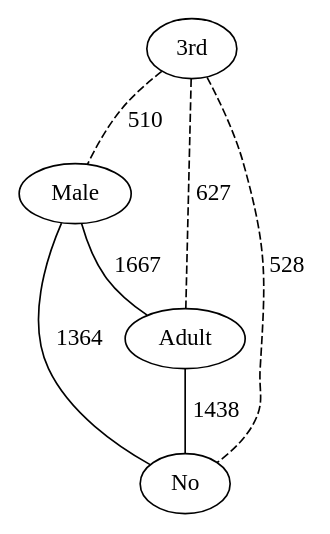
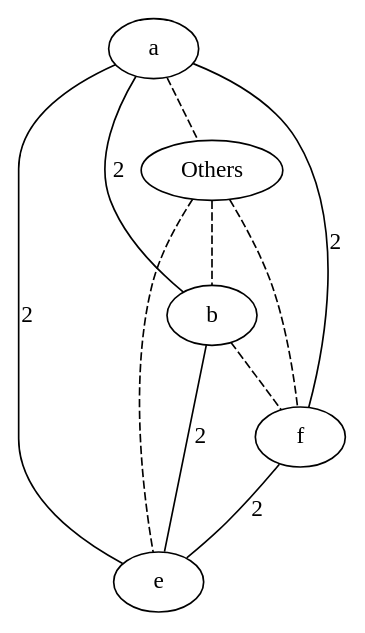
The diagram in src/extension/plainGraph_with_threshold.dot (lrodrin/TFG), drawn with Graphviz before and after one commit. The commit also changed 3 other files, not shown here.

```diff
--- a/src/extension/plainGraph_with_threshold.dot
+++ b/src/extension/plainGraph_with_threshold.dot
@@ -1,12 +1,17 @@
 strict graph "()" {
-"3rd";
-Male;
-Adult;
-No;
-"3rd" -- Male  [color=black, label=510, style=dashed];
-"3rd" -- Adult  [color=black, label=627, style=dashed];
-"3rd" -- No  [color=black, label=528, style=dashed];
-Male -- Adult  [color=black, label=1667, style=solid];
-Male -- No  [color=black, label=1364, style=solid];
-Adult -- No  [color=black, label=1438, style=solid];
+a;
+Others;
+b;
+f;
+e;
+a -- Others  [color=black, style=dashed];
+a -- b  [color=black, label=2, style=solid];
+a -- f  [color=black, label=2, style=solid];
+a -- e  [color=black, label=2, style=solid];
+Others -- b  [color=black, style=dashed];
+Others -- f  [color=black, style=dashed];
+Others -- e  [color=black, style=dashed];
+b -- f  [color=black, style=dashed];
+b -- e  [color=black, label=2, style=solid];
+f -- e  [color=black, label=2, style=solid];
 }
```
